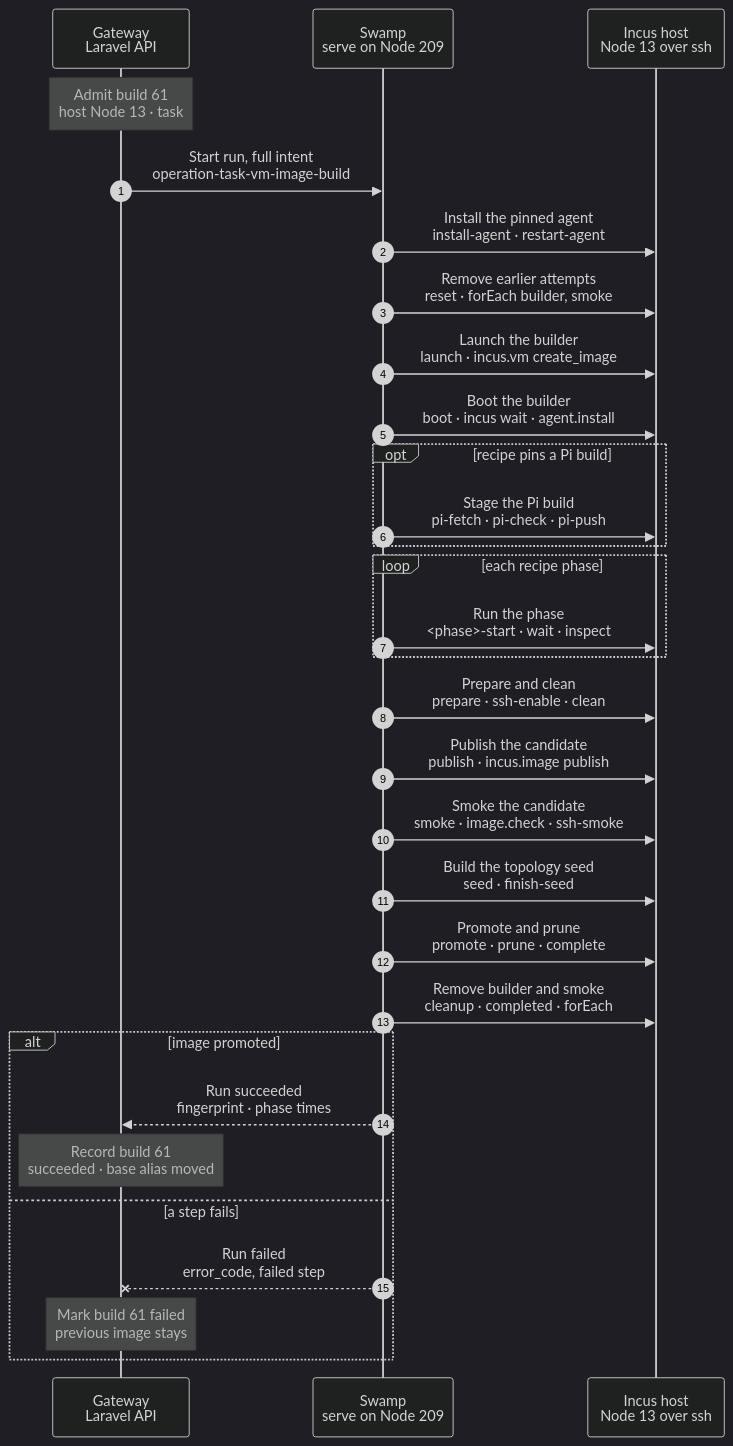
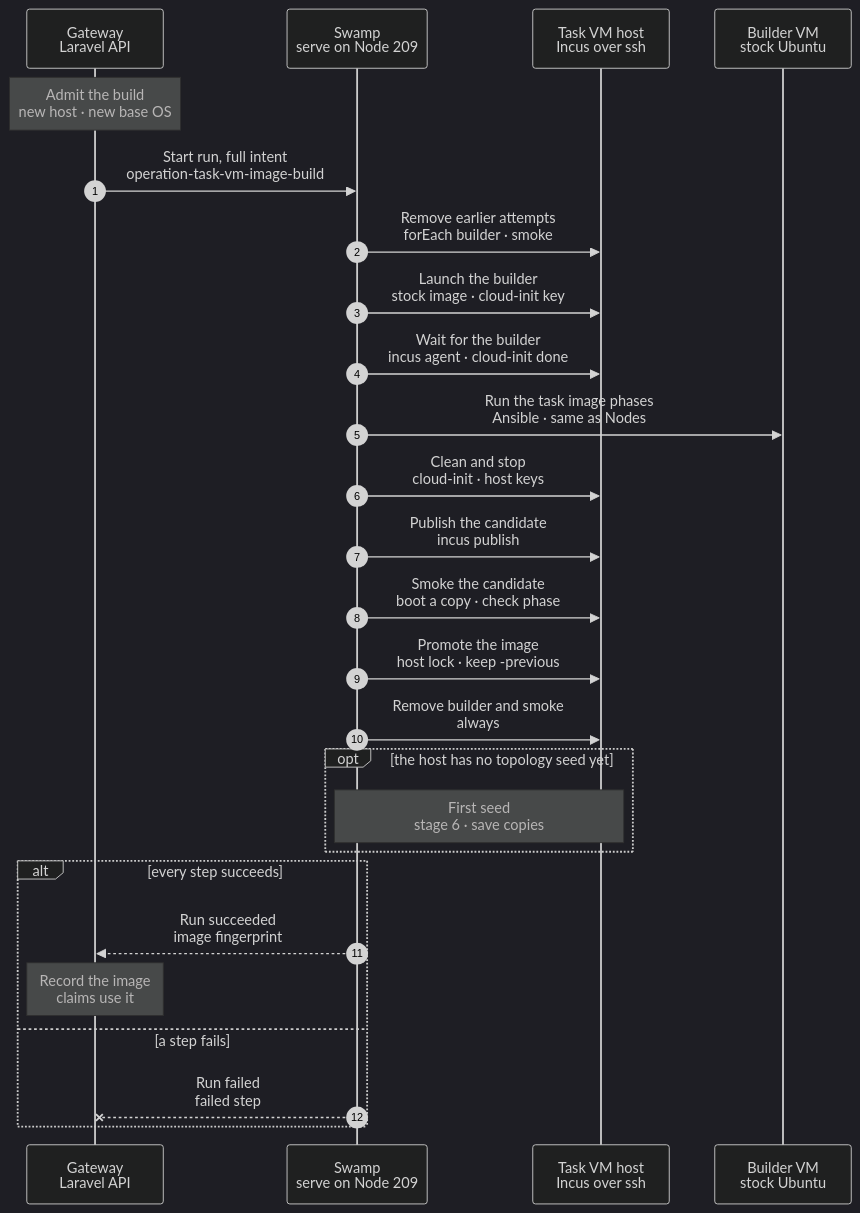
The diagram in docs/cli/tasks/vm-image-build.mmd (hardimpactdev/orbit), drawn with Mermaid (dark theme) before and after one commit.

Commit message:
docs(task-vms): build the task image with the same Ansible phases as Nodes
Approved by Nick 2026-11-06. The task image is built from a stock Ubuntu VM with the task VM role's Ansible phases (software, tools, check), reading the pins of recipe.json, with no orbit-agent in the build or the image identity. The same phases converge a running task VM (stage 2) and the refresh VM (stage 6).

```diff
--- a/docs/cli/tasks/vm-image-build.mmd
+++ b/docs/cli/tasks/vm-image-build.mmd
@@ -1,123 +1,62 @@
 sequenceDiagram
-  %% Target design: swamp/workflows/workflow-operation-task-vm-image-build.yaml, docs/reference/compute-drivers.md#build-the-base-image and #the-topology-seed, docs/cli/README.md design rules R2-R4.
-  %% Kept: rule 14 and 16 do not apply: `orbit-agent command` exits 0 and prints `{ok:false}` on a refusal (apps/agent/src/command/mod.rs), so each agent call keeps a typed reply check; `image.start-phase` returns no main PID (Observation in apps/agent/src/commands/image_recipe/lifecycle.rs), so the PID is one `systemctl show` read.
-  %% Tightened: flow-tighten 2026-11-02, rules 15 (no `plan` step), 6 (boot, prepare, smoke merges), 8 (owner check before the phases), 18 (reset and cleanup as one forEach; Pi staging beside boot), 19 (cleanup on completed), 22 (each Node action one `@swamp/ssh exec` argv).
-  %% status: draft
-  %% command: none · recipe image build for an Incus host
+  %% Target design (proposed 2026-11-06): the task image is built with the same Ansible phases as Nodes (node:converge), reading the pins of recipe.json; no orbit-agent in the build or in the image identity. Runs only for a new host or a new base OS; every release afterwards refreshes the image by converge (stage 6), using the same phases.
+  %% status: reviewed
+  %% command: none · task image build for a task VM host
   %% kind: task_vm.image_build
   autonumber
   %% lane GW icon=gateway pill=intent tone=blue
   %% lane SW icon=workflow pill=executes tone=green
   %% lane H icon=server pill=target tone=amber
+  %% lane B icon=server pill=builder tone=purple
   participant GW as Gateway<br/>Laravel API
   participant SW as Swamp<br/>serve on Node 209
-  participant H as Incus host<br/>Node 13 over ssh
-  Note over GW: Admit build 61<br/>host Node 13 · task #5182
-  %%> Started by:
-  %%> - `php artisan task-vms:build-recipe` (also `--retry`, `--rebuild`), `task-vms:build-image 13`, or the per-minute recipe reconcile
-  %%> Requirements:
-  %%> - Node 13 is an active task VM host in `settings.task_vms`, and its recipe is the desired one
-  %%> - the agent pin matches the Gateway delivery, else the build refuses before any step
+  participant H as Task VM host<br/>Incus over ssh
+  participant B as Builder VM<br/>stock Ubuntu
+  Note over GW: Admit the build<br/>new host · new base OS
+  %%> When:
+  %%> - an active task VM host with no image yet, or a new base OS in recipe.json; never per release (stage 6 converges instead)
+  %%> - `php artisan task-vms:build-image HOST`
   %%> Result:
-  %%> - build 61 recorded as running; the full intent holds the recipe document, identity, project, pool, builder and smoke names, SSH target with host keys, and every agent envelope
+  %%> - full intent recorded: the host SSH target with host keys, the builder and smoke names, the base OS, the release commit whose playbooks and pins apply
   GW->>SW: Start run, full intent<br/>operation-task-vm-image-build
-  %%> Inputs:
-  %%> - `operation_id`, `node_id` 13, `kind`, and the full public `intent`; there is no secret, so `execution_secrets` is empty
-  %%> Why:
-  %%> - the Gateway computes each agent envelope `{agent_sha256, deadline_ms, input}` at admission, so no `plan` step re-reads the intent (rule 15)
-  %%> Budget:
-  %%> - 2,400 seconds; `queueTimeout` 30 seconds
-  SW->>H: Install the pinned agent<br/>install-agent · restart-agent
+  SW->>H: Remove earlier attempts<br/>forEach builder · smoke
   %%> What it does:
-  %%> - `@swamp/cfgmgmt/fetch` downloads the release's agent build from `intent.agent_url` to `/usr/local/bin/orbit-agent`, root-owned, mode 0755, and checks `sha256:<agent_sha256>`
-  %%> - one `@swamp/ssh exec` argv `systemctl try-restart orbit-agent.service` restarts the observer when it runs
-  %%> Why:
-  %%> - every later agent call carries the release pin; without this step a pin move fails each call with `agent.version_mismatch`
-  SW->>H: Remove earlier attempts<br/>reset · forEach builder, smoke
+  %%> - one `incus delete --force` per name, through `@swamp/ssh exec`; a missing instance is fine
+  SW->>H: Launch the builder<br/>stock image · cloud-init key
   %%> What it does:
-  %%> - one `forEach` over `tvm-image-61` and `tvm-image-61-smoke`; each item runs `sudo -n -- orbit-agent command incus.vm` with `remove_instance`
-  %%> - an absent VM counts as removed, so a fresh build passes at once
-  %%> Why:
-  %%> - a resumed or retried attempt may find its own VMs from before
-  SW->>H: Launch the builder<br/>launch · incus.vm create_image
+  %%> - `incus launch` of the stock Ubuntu image of the base OS as a VM, with cloud-init that creates the `orbit` account with 209's key
+  %%> - no orbit-agent: the observer is installed at enrolment, not in the image
+  SW->>H: Wait for the builder<br/>incus agent · cloud-init done
+  SW->>B: Run the task image phases<br/>Ansible · same as Nodes
   %%> What it does:
-  %%> - `incus.vm` `create_image` from the stock source image, with the account key, resource limits and builder account mode
-  %%> - the agent renders cloud-init, attaches the configuration disk and removes the NoCloud seed templates before the first start
-  SW->>H: Boot the builder<br/>boot · incus wait · agent.install
-  %%> How:
-  %%> - `incus wait tvm-image-61 agent --timeout 600`, then `cloud-init status --wait` in the guest
-  %%> - `incus file push --mode 0700` of the host's pinned agent; the guest's `agent.install` checks it against the pin
-  %%> - `guest.cloud-init` reports readiness, `image.inspect-phase` records the boot id, `image.owner` checks UID and GID 1000
-  %%> Why:
-  %%> - the owner check moves here from after the phases, so a taken UID fails before any package installs (rule 8)
-  %%> On failure:
-  %%> - a failed agent wait is `task_vm.bootstrap_timeout`, another boot step `task_vm.bootstrap_failed`
-  opt recipe pins a Pi build
-    SW->>H: Stage the Pi build<br/>pi-fetch · pi-check · pi-push
-    %%> How:
-    %%> - `@swamp/ssh copy` of the pinned binary from the Gateway Node to 209, `sha256sum -c` against its pin, copy to Node 13, then `incus file push --mode 0600` to `/var/cache/orbit/pi/<sha256>.bin`
-    %%> - fetch and check run beside the builder boot; only the push waits for it (rule 18)
-    %%> When:
-    %%> - skipped by `guard` when the recipe has no Pi build
+  %%> - Swamp on 209 runs `ansible-playbook` over SSH to the builder through the host (ProxyJump with the recorded host keys), as node:converge reaches a Node
+  %%> - the phases of the task VM role, in order: software (apt sources and packages, JavaScript, Rust, Pi), tools (the shape-gate linters, the NFS server), check
+  %%> - versions come from recipe.json of the release commit; the same playbooks converge a running task VM in stage 2 and the refresh VM in stage 6
+  %%> Not built:
+  %%> - the task VM role's phases; today the recipe phases run as orbit-agent commands
+  SW->>H: Clean and stop<br/>cloud-init · host keys
+  %%> What it does:
+  %%> - `cloud-init clean`, an empty machine-id, removed SSH host keys, then stop; each one `@swamp/ssh exec` argv
+  SW->>H: Publish the candidate<br/>incus publish
+  SW->>H: Smoke the candidate<br/>boot a copy · check phase
+  %%> What it does:
+  %%> - boots a throwaway VM from the candidate and runs the Ansible check phase against it, then removes it
+  SW->>H: Promote the image<br/>host lock · keep -previous
+  %%> What it does:
+  %%> - moves the host's task image alias to the candidate; the old image stays as `-previous`, the rollback copy
+  SW->>H: Remove builder and smoke<br/>always
+  opt the host has no topology seed yet
+    Note over SW,H: First seed<br/>stage 6 · save copies
+    %%> What it does:
+    %%> - a refresh VM from the new image builds the first nested fleet and saves it as ready copies, as stage 6 does
+    %%> Not designed:
+    %%> - building a nested fleet from scratch, without ready copies; the old builder was deleted (#2767)
   end
-  loop each recipe phase
-    SW->>H: Run the phase<br/><phase>-start · wait · inspect
-    %%> Phases:
-    %%> - `apt-source`, `packages`, `javascript`, `rust`, `agent`, `pi`, in this order
-    %%> How:
-    %%> - `image.start-phase` starts or observes the guest's bounded systemd service; one `systemctl show --property=MainPID` read gives its main PID
-    %%> - `timeout 1500 tail --pid=PID -f /dev/null` waits; a `guard` skips it when the phase already ended
-    %%> - `image.inspect-phase` must report `complete` for the same boot id
-    %%> Reply checks:
-    %%> - the agent exits 0 and prints `{ok:false}` on a refusal, so a typed reply step on 209 fails with the agent's own error code
+  alt every step succeeds
+    SW-->>GW: Run succeeded<br/>image fingerprint
+    Note over GW: Record the image<br/>claims use it
+  else a step fails
+    SW--xGW: Run failed<br/>failed step
+    %%> Result:
+    %%> - the promoted image stays in service; the next build starts from a stock image again
   end
-  SW->>H: Prepare and clean<br/>prepare · ssh-enable · clean
-  %%> What it does:
-  %%> - `image.recipe-marker`, `image.boot`, `systemctl enable ssh.service`, the Orbit root CA in the trust store, then `image.clean`
-  %%> - `image.clean` removes machine, SSH, Incus and service identities and refuses an enrolled guest
-  %%> Why:
-  %%> - one action that readies the guest for publication; the separate metadata and marker steps merge (rule 6)
-  SW->>H: Publish the candidate<br/>publish · incus.image publish
-  %%> What it does:
-  %%> - `incus.image` stops and publishes the builder, then promotes the immutable candidate alias
-  %%> Returns:
-  %%> - the published fingerprint; 209 decodes it in TypeScript into the seed and promote envelopes
-  SW->>H: Smoke the candidate<br/>smoke · image.check · ssh-smoke
-  %%> How:
-  %%> - removes the builder, launches `tvm-image-61-smoke` from the candidate, boots it as in step 4
-  %%> - `image.verify` checks the recipe software, `image.check` the account, key and lean boot, and `systemctl is-active ssh.service`
-  %%> Result:
-  %%> - a failed smoke check stops the build before promotion
-  SW->>H: Build the topology seed<br/>seed · finish-seed
-  %%> How:
-  %%> - `incus.build-topology-seed` builds `orbit-topology-seed-<12 hex>-new` inside the smoke VM
-  %%> - deletes the smoke VM, then `incus.volume` renames the seed to its final name
-  %%> When:
-  %%> - a finished seed already present builds nothing
-  SW->>H: Promote and prune<br/>promote · prune · complete
-  %%> What it does:
-  %%> - `incus.image` moves the host's base alias to the candidate, then prunes old recipe images and their seeds
-  %%> End check:
-  %%> - the native `assert` step `complete` checks the 64-hex fingerprint and the prune reply; this is the one end check (rule 9)
-  SW->>H: Remove builder and smoke<br/>cleanup · completed · forEach
-  %%> What it does:
-  %%> - one `forEach` runs `incus.vm` `remove_instance` for the builder and the smoke VM, then removes the staged Pi copies on 209 and Node 13
-  %%> When:
-  %%> - always, with the condition `completed`: after success, failure or a cancel request (rule 19)
-  %%> On failure:
-  %%> - `task_vm.image_cleanup_failed`
-  alt image promoted
-    SW-->>GW: Run succeeded<br/>fingerprint · phase times
-    %%> Returns:
-    %%> - step statuses, the published fingerprint, and each phase's start and end
-    Note over GW: Record build 61<br/>succeeded · base alias moved
-    %%> Result:
-    %%> - the build row stores the image location; new task VMs on Node 13 claim it
-  else a step fails
-    SW--xGW: Run failed<br/>error_code, failed step
-    %%> Result:
-    %%> - a refused agent reply keeps its own code; other steps map to `task_vm.image_build_failed`
-    Note over GW: Mark build 61 failed<br/>previous image stays
-    %%> Result:
-    %%> - the promoted image stays in service; `task-vms:build-recipe --retry` starts a fresh stock attempt
-  end
```
